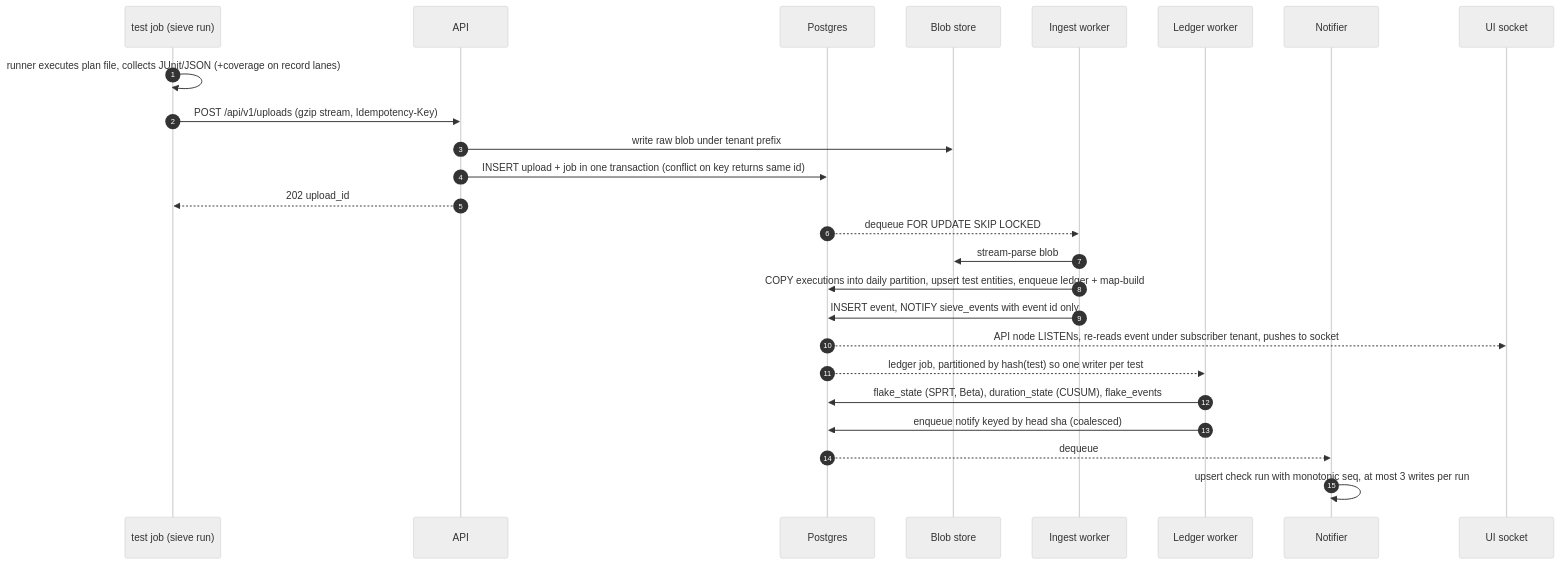
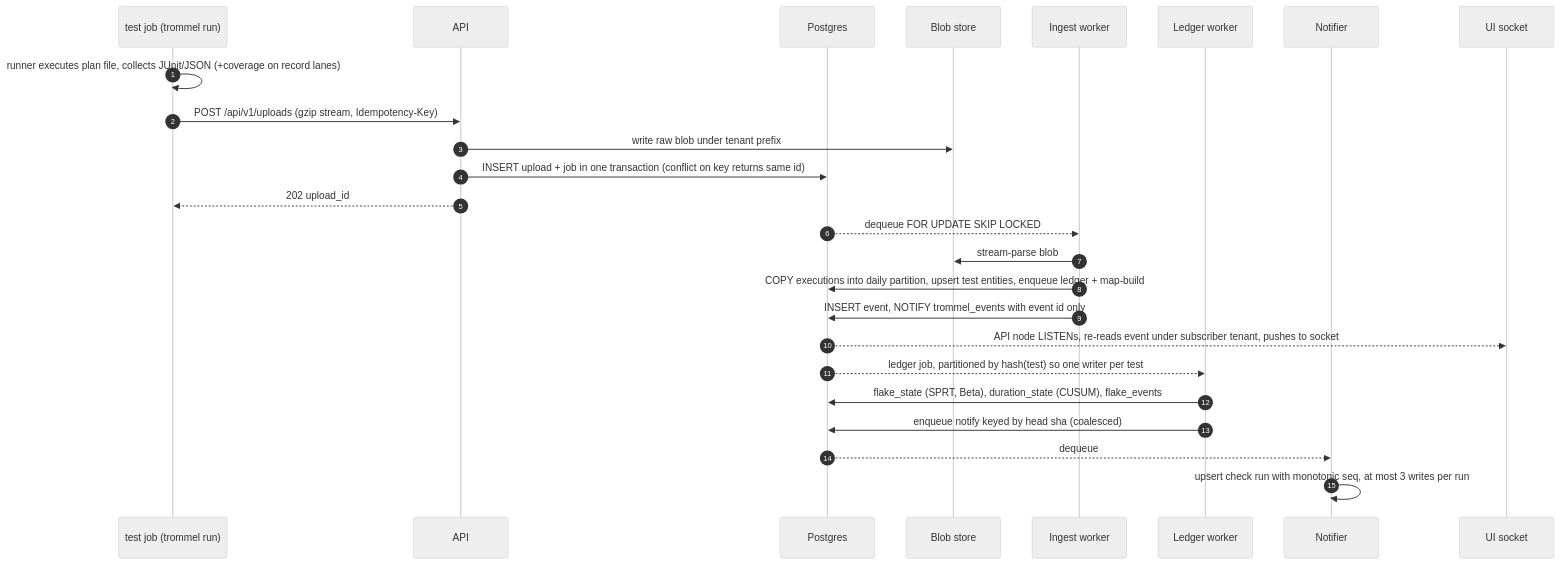
The fourth of 10 diagrams in docs/architecture.md (ojassug/sieve), drawn with Mermaid (neutral theme) before and after one commit. The commit also changed other lines of this file and 82 other files, not shown here.

First line of the commit message:
refactor: rename SIEVE to Trommel (DECISIONS 30)

````diff
--- a/docs/architecture.md
+++ b/docs/architecture.md
@@ -209,27 +209,27 @@
 ```mermaid
 sequenceDiagram
   autonumber
-  participant R as test job (sieve run)
+  participant R as test job (trommel run)
   participant A as API
   participant P as Postgres
   participant B as Blob store
   participant W as Ingest worker
   participant L as Ledger worker
   participant N as Notifier
   participant U as UI socket
   R->>R: runner executes plan file, collects JUnit/JSON (+coverage on record lanes)
   R->>A: POST /api/v1/uploads (gzip stream, Idempotency-Key)
   A->>B: write raw blob under tenant prefix
   A->>P: INSERT upload + job in one transaction (conflict on key returns same id)
   A-->>R: 202 upload_id
   P-->>W: dequeue FOR UPDATE SKIP LOCKED
   W->>B: stream-parse blob
   W->>P: COPY executions into daily partition, upsert test entities, enqueue ledger + map-build
-  W->>P: INSERT event, NOTIFY sieve_events with event id only
+  W->>P: INSERT event, NOTIFY trommel_events with event id only
   P-->>U: API node LISTENs, re-reads event under subscriber tenant, pushes to socket
   P-->>L: ledger job, partitioned by hash(test) so one writer per test
   L->>P: flake_state (SPRT, Beta), duration_state (CUSUM), flake_events
   L->>P: enqueue notify keyed by head sha (coalesced)
   P-->>N: dequeue
   N->>N: upsert check run with monotonic seq, at most 3 writes per run
 ```
````
